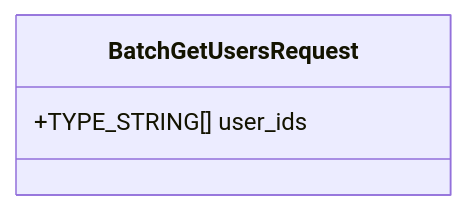
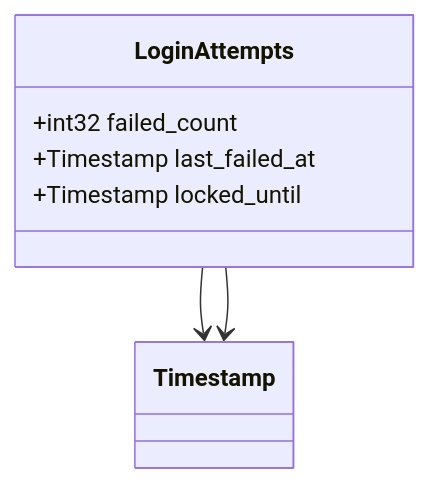
Diagram 40 of 47 in test-monorepo/docs/consolidated/UserService.md (kyivinua/root), drawn with Mermaid before and after one commit. The commit also changed other lines of this file and 5 other files, not shown here.

````diff
--- a/test-monorepo/docs/consolidated/UserService.md
+++ b/test-monorepo/docs/consolidated/UserService.md
@@ -1029,6 +1982,10 @@
 ```mermaid
 classDiagram
-    class BatchGetUsersRequest {
-        +TYPE_STRING[] user_ids
+    class LoginAttempts {
+        +int32 failed_count
+        +Timestamp last_failed_at
+        +Timestamp locked_until
     }
+    LoginAttempts --> Timestamp
+    LoginAttempts --> Timestamp
 ```
````
